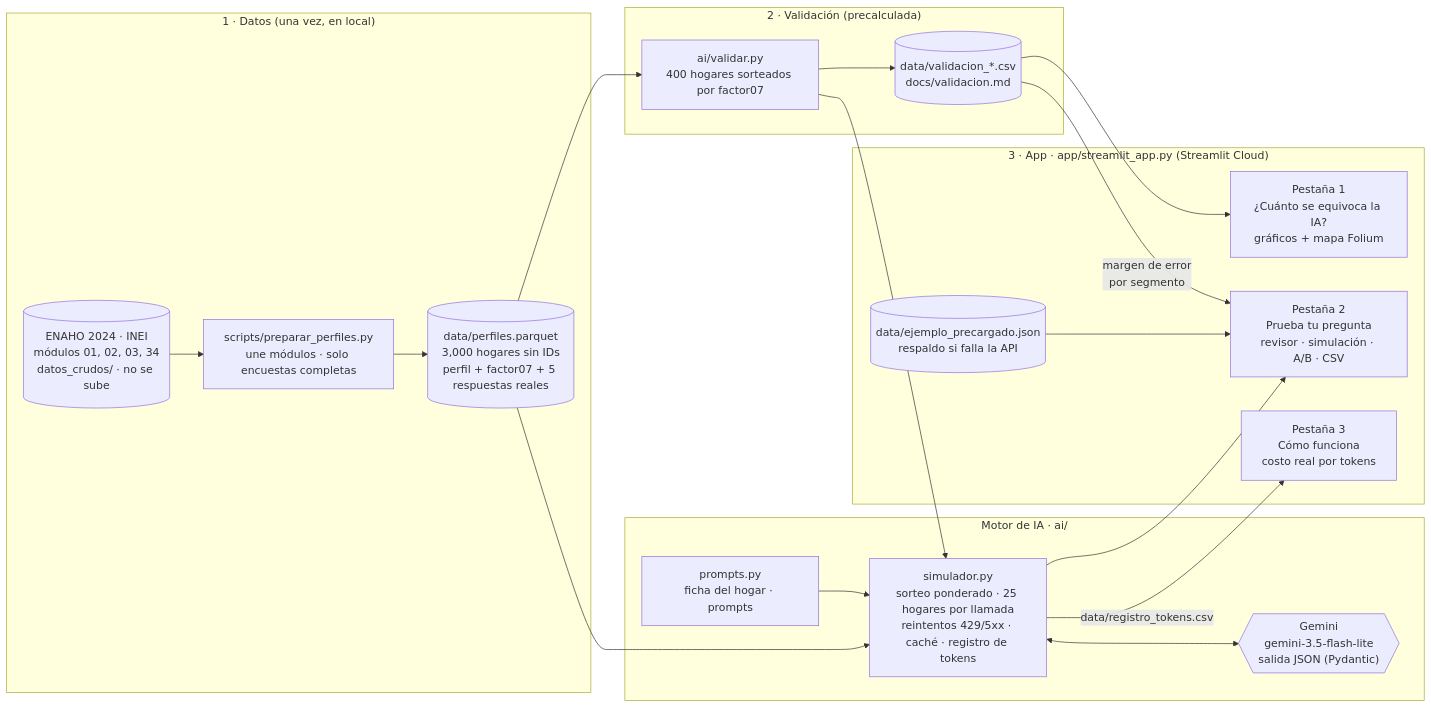
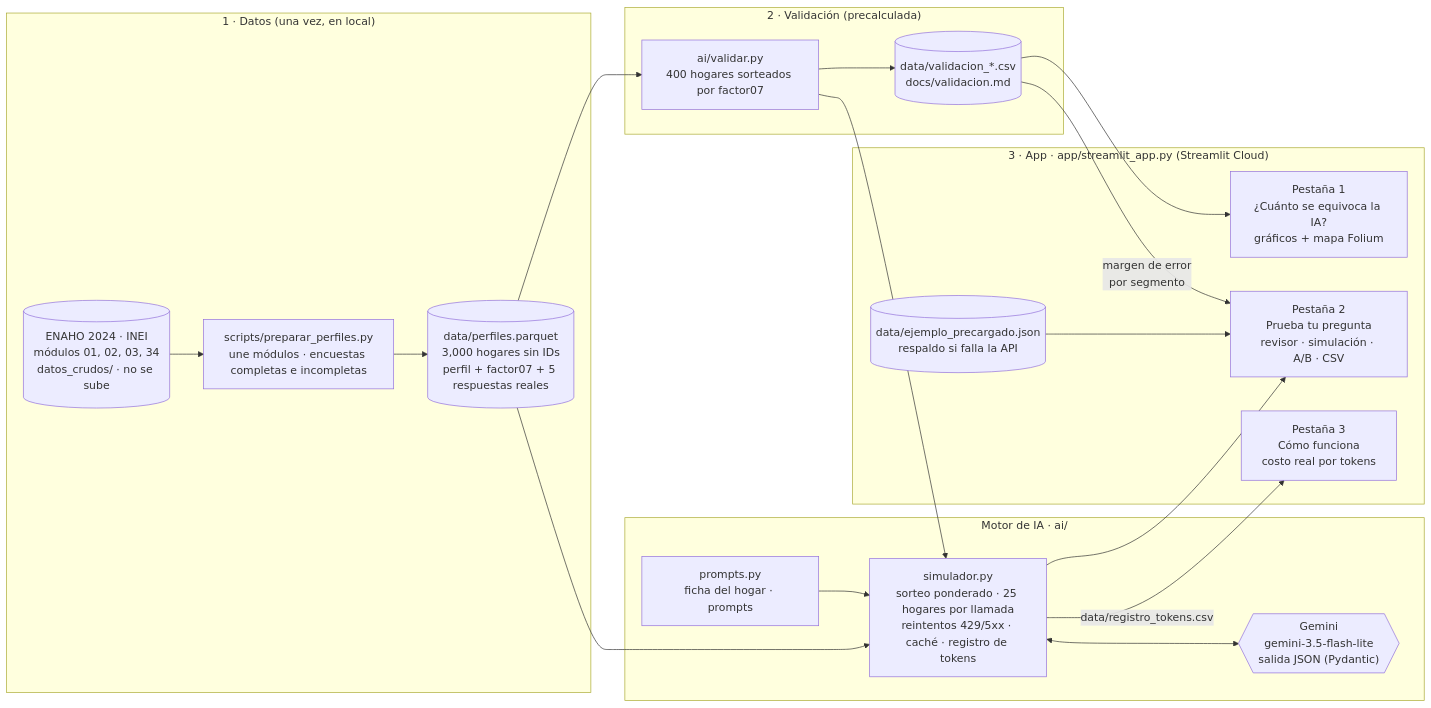
Before and after one commit to JazminGalindoo/simula: the diagram in docs/arquitectura.md, drawn with Mermaid. The commit also changed 2 other files, not shown here.

Commit message:
Actualiza README y arquitectura con los resultados que incluyen incompletas
Error medio nacional 14.8 pp, acierto por hogar 76%, Lima Metropolitana con el menor error (12.7 pp), celular igual al INEI (95.1%) y A/B del ejemplo (4% vs 29% de no entiendo). Documenta la decisión de incluir result 1 y 2 y enlaza el notebook.

````diff
--- a/docs/arquitectura.md
+++ b/docs/arquitectura.md
@@ -3,38 +3,38 @@
 ```mermaid
 flowchart LR
     subgraph datos["1 · Datos (una vez, en local)"]
         ENAHO[("ENAHO 2024 · INEI<br/>módulos 01, 02, 03, 34<br/>datos_crudos/ · no se sube")]
-        PREP["scripts/preparar_perfiles.py<br/>une módulos · solo encuestas completas"]
+        PREP["scripts/preparar_perfiles.py<br/>une módulos · encuestas completas e incompletas"]
         PERF[("data/perfiles.parquet<br/>3,000 hogares sin IDs<br/>perfil + factor07 + 5 respuestas reales")]
         ENAHO --> PREP --> PERF
     end
 
     subgraph val["2 · Validación (precalculada)"]
         VAL["ai/validar.py<br/>400 hogares sorteados por factor07"]
         RES[("data/validacion_*.csv<br/>docs/validacion.md")]
         VAL --> RES
     end
 
     subgraph ia["Motor de IA · ai/"]
         PROM["prompts.py<br/>ficha del hogar · prompts"]
         SIM["simulador.py<br/>sorteo ponderado · 25 hogares por llamada<br/>reintentos 429/5xx · caché · registro de tokens"]
         GEM{{"Gemini<br/>gemini-3.5-flash-lite<br/>salida JSON (Pydantic)"}}
         PROM --> SIM <--> GEM
     end
 
     subgraph app["3 · App · app/streamlit_app.py (Streamlit Cloud)"]
         T1["Pestaña 1<br/>¿Cuánto se equivoca la IA?<br/>gráficos + mapa Folium"]
         T2["Pestaña 2<br/>Prueba tu pregunta<br/>revisor · simulación · A/B · CSV"]
         T3["Pestaña 3<br/>Cómo funciona<br/>costo real por tokens"]
         EJ[("data/ejemplo_precargado.json<br/>respaldo si falla la API")]
     end
 
     PERF --> VAL
     VAL --> SIM
     PERF --> SIM
     RES --> T1
     RES -- "margen de error<br/>por segmento" --> T2
     SIM --> T2
     EJ --> T2
     SIM -- "data/registro_tokens.csv" --> T3
 ```
````
